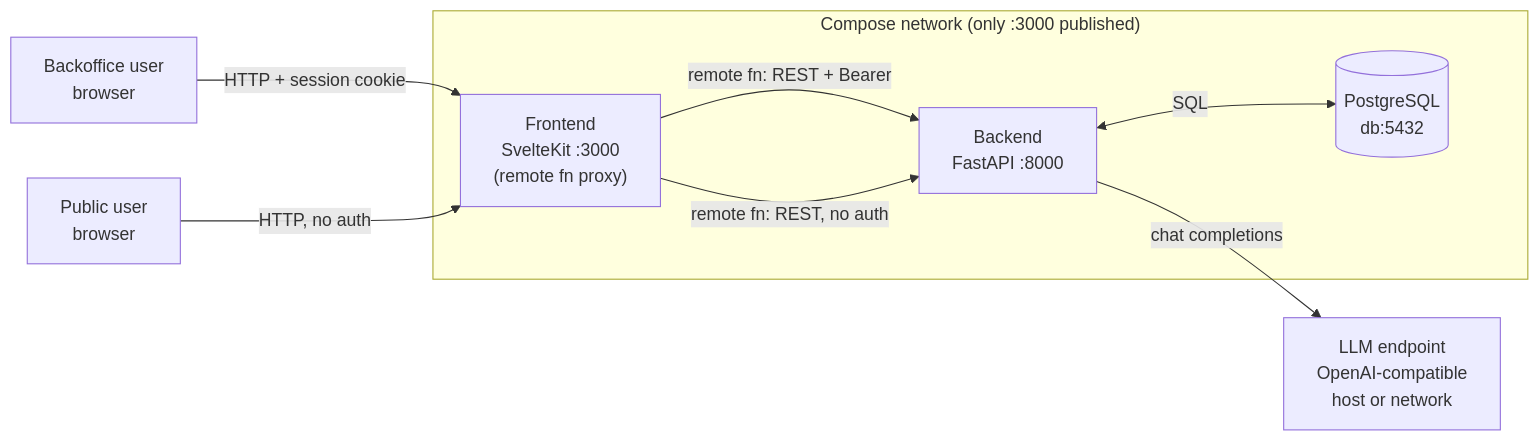
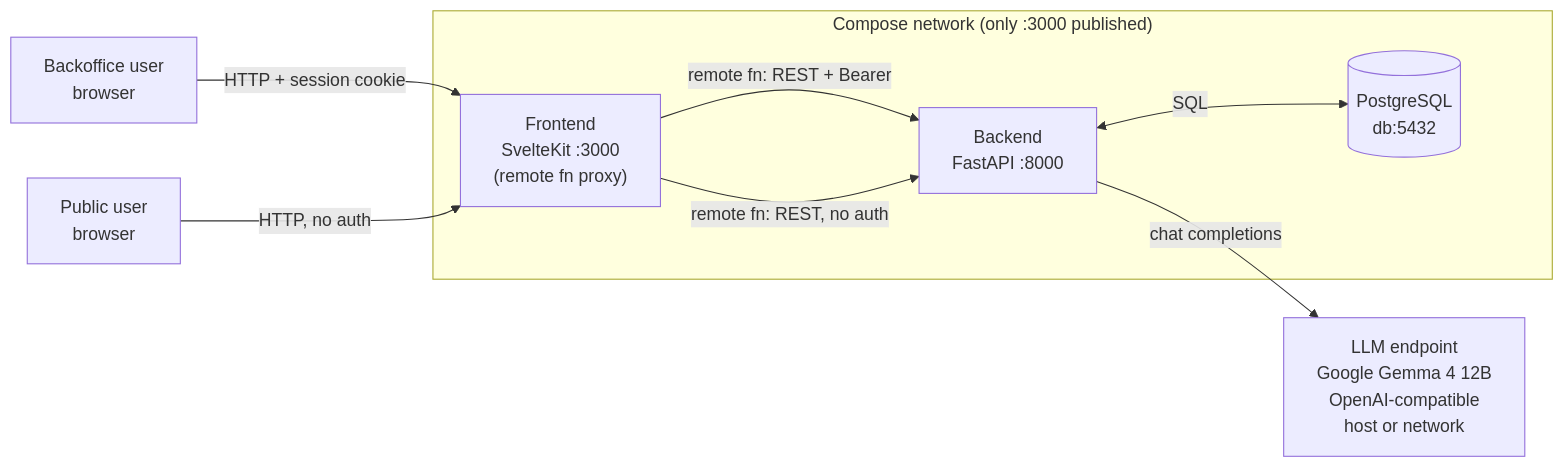
The diagram in README.md (ngurahbas/TakeHomeAssessmentBE), drawn with Mermaid before and after one commit. The commit also changed other lines of this file, not shown here.

````diff
--- a/README.md
+++ b/README.md
@@ -49,20 +50,20 @@
 ```mermaid
 flowchart LR
     BU["Backoffice user<br/>browser"]
     PU["Public user<br/>browser"]
 
     subgraph compose["Compose network (only :3000 published)"]
         FE["Frontend<br/>SvelteKit :3000<br/>(remote fn proxy)"]
         BE["Backend<br/>FastAPI :8000"]
         DB[("PostgreSQL<br/>db:5432")]
     end
 
-    LLM["LLM endpoint<br/>OpenAI-compatible<br/>host or network"]
+    LLM["LLM endpoint<br/>Google Gemma 4 12B<br/>OpenAI-compatible<br/>host or network"]
 
     BU -->|HTTP + session cookie| FE
     PU -->|HTTP, no auth| FE
     FE -->|remote fn: REST + Bearer| BE
     FE -->|remote fn: REST, no auth| BE
     BE <-->|SQL| DB
     BE -->|chat completions| LLM
 ```
````
